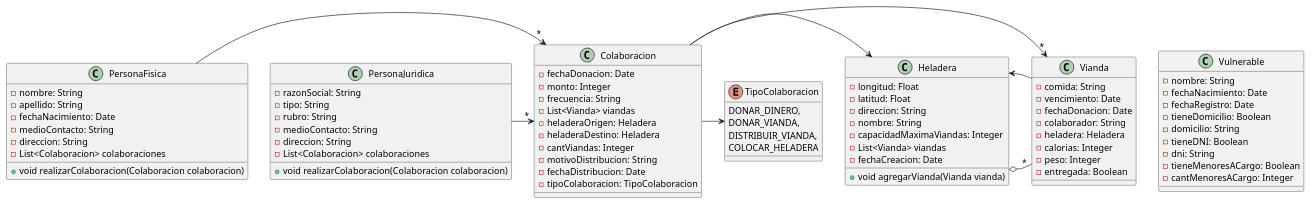
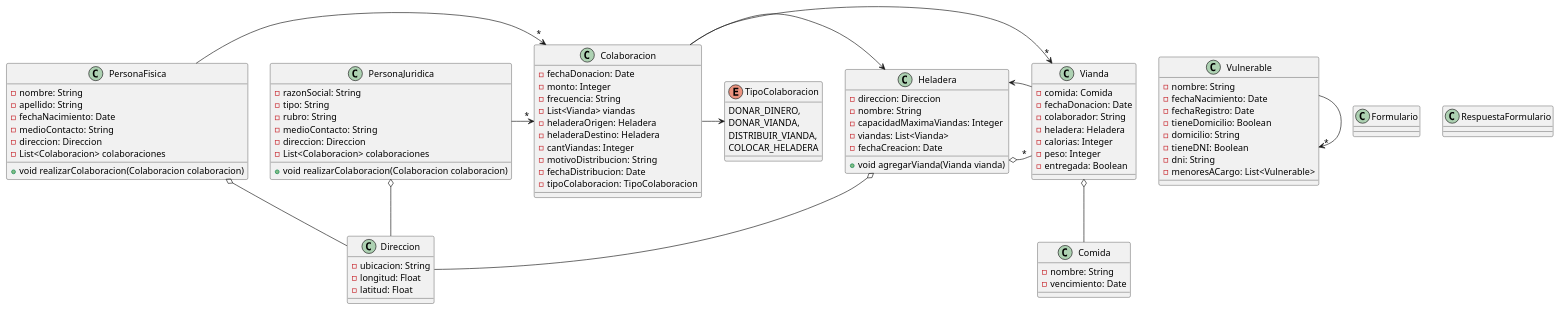
Before and after one commit to santymendez/tp-dds-2024: the diagram in diagrams/domain/diagrama-clases.puml, drawn with PlantUML. The commit also changed 16 other files, not shown here.

```diff
--- a/diagrams/domain/diagrama-clases.puml
+++ b/diagrams/domain/diagrama-clases.puml
@@ -1,88 +1,107 @@
 @startuml
 
 class Heladera {
-    -longitud: Float
-    -latitud: Float
-    -direccion: String
+    -direccion: Direccion
     -nombre: String
     -capacidadMaximaViandas: Integer
-    -List<Vianda> viandas
+    -viandas: List<Vianda>
     -fechaCreacion: Date
 
     +void agregarVianda(Vianda vianda)
 }
 
+class Direccion {
+    -ubicacion: String
+    -longitud: Float
+    -latitud: Float
+}
+
 class Vianda {
-    -comida: String
-    -vencimiento: Date
+    -comida: Comida
     -fechaDonacion: Date
     -colaborador: String
     -heladera: Heladera
     -calorias: Integer
     -peso: Integer
     -entregada: Boolean
+}
+
+class Comida {
+    -nombre: String
+    -vencimiento: Date
 }
 
 class Vulnerable {
     -nombre: String
     -fechaNacimiento: Date
     -fechaRegistro: Date
     -tieneDomicilio: Boolean
     -domicilio: String
     -tieneDNI: Boolean
     -dni: String
-    -tieneMenoresACargo: Boolean
-    -cantMenoresACargo: Integer
+    -menoresACargo: List<Vulnerable>
 }
 
 class PersonaFisica {
     -nombre: String
     -apellido: String
     -fechaNacimiento: Date
     -medioContacto: String
-    -direccion: String
+    -direccion: Direccion
     -List<Colaboracion> colaboraciones
 
     +void realizarColaboracion(Colaboracion colaboracion)
 }
 
 class PersonaJuridica {
     -razonSocial: String
     -tipo: String
     -rubro: String
     -medioContacto: String
-    -direccion: String
+    -direccion: Direccion
     -List<Colaboracion> colaboraciones
 
     +void realizarColaboracion(Colaboracion colaboracion)
 }
 
 class Colaboracion {
     -fechaDonacion: Date
     -monto: Integer
     -frecuencia: String
     -List<Vianda> viandas
     -heladeraOrigen: Heladera
     -heladeraDestino: Heladera
     -cantViandas: Integer
     -motivoDistribucion: String
     -fechaDistribucion: Date
     -tipoColaboracion: TipoColaboracion
 }
 
+'TODO'
+class Formulario {
+}
+
+class RespuestaFormulario {
+}
+
 enum TipoColaboracion {
     DONAR_DINERO,
     DONAR_VIANDA,
     DISTRIBUIR_VIANDA,
     COLOCAR_HELADERA
 }
 
 Heladera o-"*" Vianda
 Vianda -> Heladera
 Colaboracion -> TipoColaboracion
 PersonaFisica ->"*" Colaboracion
 PersonaJuridica ->"*" Colaboracion
 Colaboracion ->"*" Vianda
 Colaboracion -> Heladera
+Vulnerable ->"*" Vulnerable
+Heladera o-- Direccion
+PersonaFisica o-- Direccion
+PersonaJuridica o-- Direccion
+Vianda o-- Comida
 
 @enduml
```
